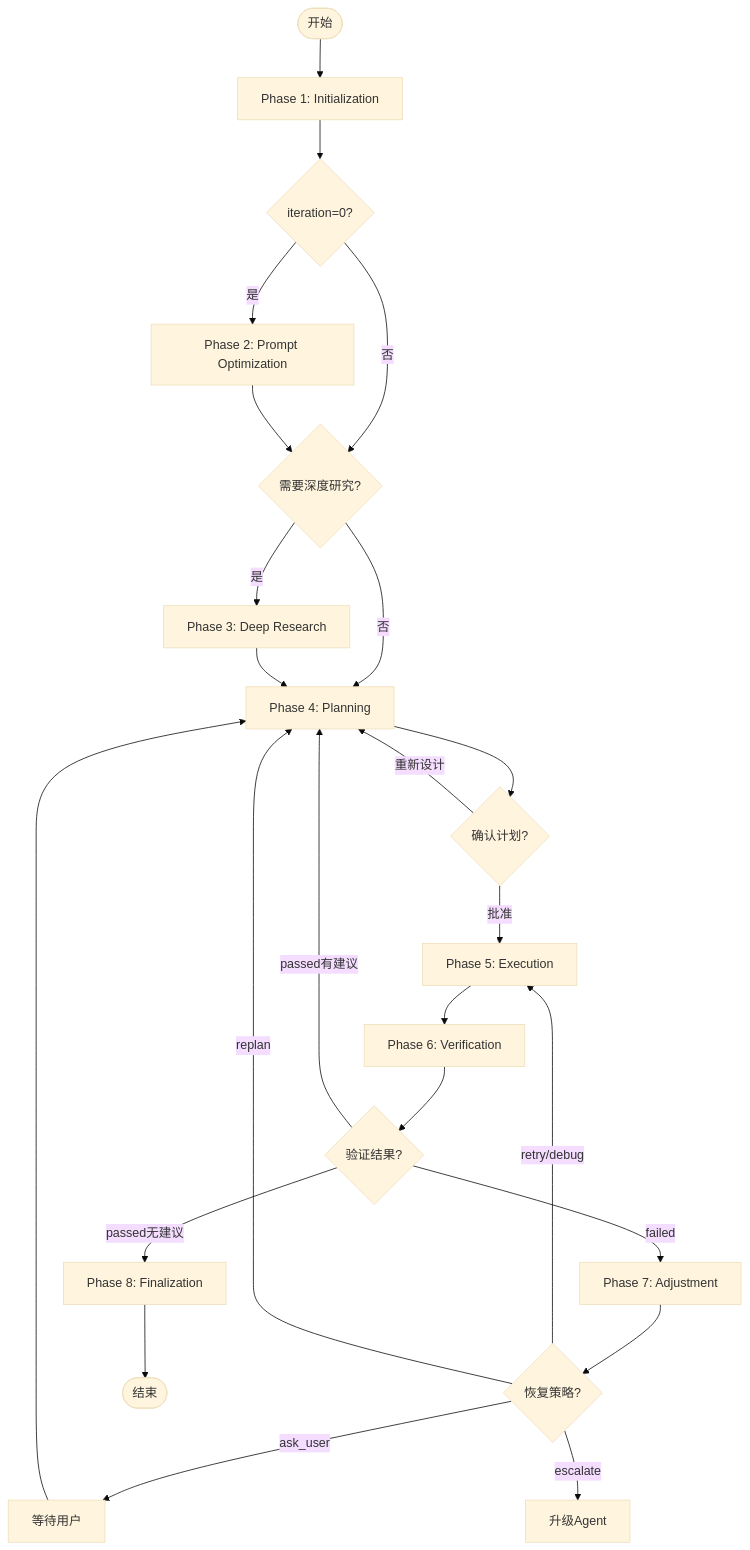
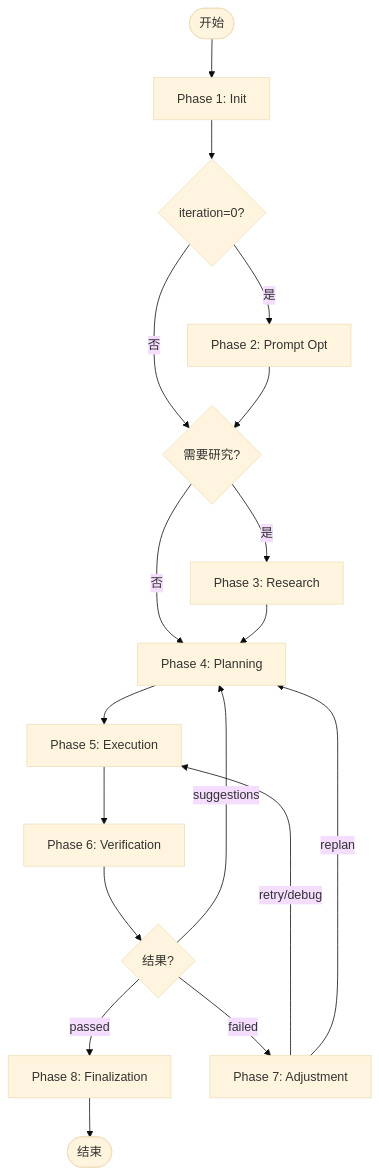
One commit to lazygophers/ccplugin changed the diagram in plugins/tools/task/skills/loop/detailed-flow.md. Above: the diagram before and after it, drawn with Mermaid (base theme). The commit also changed other lines of this file and 3 other files, not shown here.

````diff
--- a/plugins/tools/task/skills/loop/detailed-flow.md
+++ b/plugins/tools/task/skills/loop/detailed-flow.md
@@ -222,26 +22,20 @@
 ```mermaid
 flowchart TD
-    Start([开始]) --> Init[Phase 1: Initialization]
+    Start([开始]) --> Init[Phase 1: Init]
     Init --> PromptOpt{iteration=0?}
-    PromptOpt -->|是| Phase2[Phase 2: Prompt Optimization]
-    PromptOpt -->|否| DeepRes{需要深度研究?}
+    PromptOpt -->|是| Phase2[Phase 2: Prompt Opt]
+    PromptOpt -->|否| DeepRes{需要研究?}
     Phase2 --> DeepRes
-    DeepRes -->|是| Phase3[Phase 3: Deep Research]
+    DeepRes -->|是| Phase3[Phase 3: Research]
     DeepRes -->|否| Phase4[Phase 4: Planning]
     Phase3 --> Phase4
-    Phase4 --> Confirm{确认计划?}
-    Confirm -->|批准| Phase5[Phase 5: Execution]
-    Confirm -->|重新设计| Phase4
+    Phase4 --> Phase5[Phase 5: Execution]
     Phase5 --> Phase6[Phase 6: Verification]
-    Phase6 --> Decision{验证结果?}
-    Decision -->|passed无建议| Phase8[Phase 8: Finalization]
-    Decision -->|passed有建议| Phase4
+    Phase6 --> Decision{结果?}
+    Decision -->|passed| Phase8[Phase 8: Finalization]
+    Decision -->|suggestions| Phase4
     Decision -->|failed| Phase7[Phase 7: Adjustment]
-    Phase7 --> Strategy{恢复策略?}
-    Strategy -->|retry/debug| Phase5
-    Strategy -->|replan| Phase4
-    Strategy -->|ask_user| Wait[等待用户]
-    Wait --> Phase4
-    Strategy -->|escalate| Escalate[升级Agent]
+    Phase7 -->|retry/debug| Phase5
+    Phase7 -->|replan| Phase4
     Phase8 --> End([结束])
 ```
````
